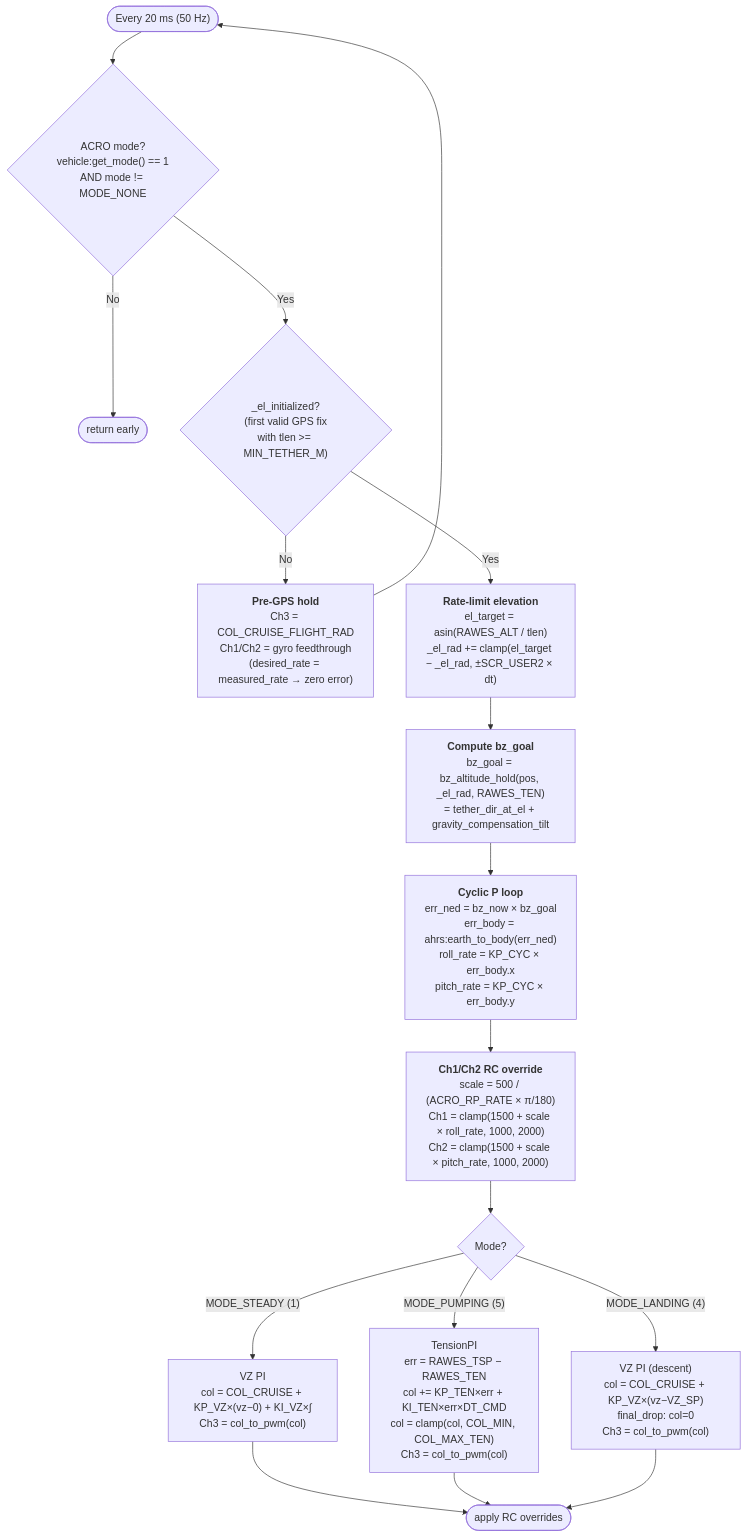
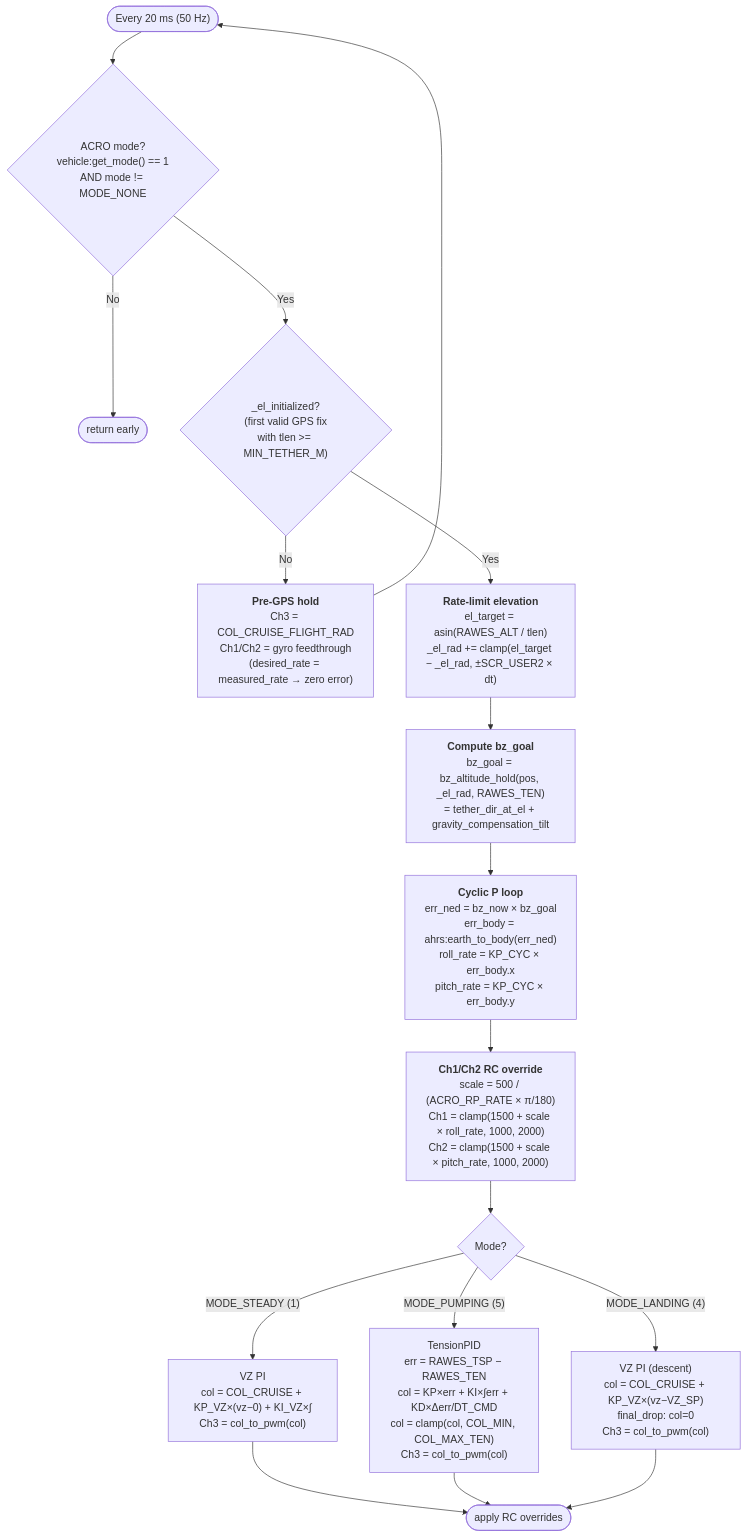
The second of 2 diagrams in system/stack.md (mcroomp/windpower), drawn with Mermaid before and after one commit. The commit also changed other lines of this file and 54 other files, not shown here.

````diff
--- a/system/stack.md
+++ b/system/stack.md
@@ -558,26 +559,26 @@
 ```mermaid
 flowchart TD
     START(["Every 20 ms (50 Hz)"]) --> GUARD{"ACRO mode?\nvehicle:get_mode() == 1\nAND mode != MODE_NONE"}
     GUARD -- No --> SKIP(["return early"])
     GUARD -- Yes --> GPS{"_el_initialized?\n(first valid GPS fix\nwith tlen >= MIN_TETHER_M)"}
 
     GPS -- No --> PREGPS["<b>Pre-GPS hold</b><BR/>Ch3 = COL_CRUISE_FLIGHT_RAD<BR/>Ch1/Ch2 = gyro feedthrough<BR/>(desired_rate = measured_rate → zero error)"]
     PREGPS --> START
 
     GPS -- Yes --> ELIM["<b>Rate-limit elevation</b><BR/>el_target = asin(RAWES_ALT / tlen)<BR/>_el_rad += clamp(el_target − _el_rad, ±SCR_USER2 × dt)"]
 
     ELIM --> BZ["<b>Compute bz_goal</b><BR/>bz_goal = bz_altitude_hold(pos, _el_rad, RAWES_TEN)<BR/>= tether_dir_at_el + gravity_compensation_tilt"]
 
     BZ --> CYCLIC["<b>Cyclic P loop</b><BR/>err_ned = bz_now × bz_goal<BR/>err_body = ahrs:earth_to_body(err_ned)<BR/>roll_rate = KP_CYC × err_body.x<BR/>pitch_rate = KP_CYC × err_body.y"]
 
     CYCLIC --> CH12["<b>Ch1/Ch2 RC override</b><BR/>scale = 500 / (ACRO_RP_RATE × π/180)<BR/>Ch1 = clamp(1500 + scale × roll_rate, 1000, 2000)<BR/>Ch2 = clamp(1500 + scale × pitch_rate, 1000, 2000)"]
 
     CH12 --> COL{"Mode?"}
     COL -- "MODE_STEADY (1)" --> VZPI["VZ PI<BR/>col = COL_CRUISE + KP_VZ×(vz−0) + KI_VZ×∫<BR/>Ch3 = col_to_pwm(col)"]
-    COL -- "MODE_PUMPING (5)" --> TENPI["TensionPI<BR/>err = RAWES_TSP − RAWES_TEN<BR/>col += KP_TEN×err + KI_TEN×err×DT_CMD<BR/>col = clamp(col, COL_MIN, COL_MAX_TEN)<BR/>Ch3 = col_to_pwm(col)"]
+    COL -- "MODE_PUMPING (5)" --> TENPI["TensionPID<BR/>err = RAWES_TSP − RAWES_TEN<BR/>col = KP×err + KI×∫err + KD×Δerr/DT_CMD<BR/>col = clamp(col, COL_MIN, COL_MAX_TEN)<BR/>Ch3 = col_to_pwm(col)"]
     COL -- "MODE_LANDING (4)" --> VZLAND["VZ PI (descent)<BR/>col = COL_CRUISE + KP_VZ×(vz−VZ_SP)<BR/>final_drop: col=0<BR/>Ch3 = col_to_pwm(col)"]
 
     VZPI --> END(["apply RC overrides"])
     TENPI --> END
     VZLAND --> END
 ```
````
